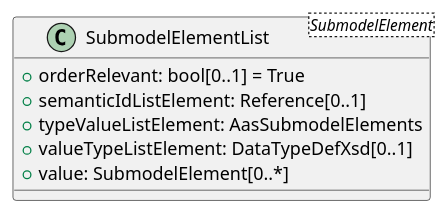
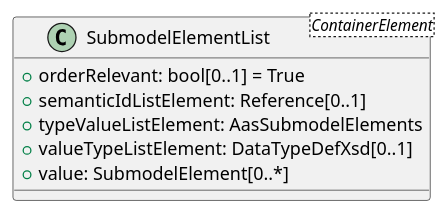
The diagram in documentation/IDTA-01001/modules/ROOT/partials/diagrams/classes/submodel-element-list.puml (admin-shell-io/aas-specs), drawn with PlantUML before and after one commit. The commit also changed 3 other files, not shown here.

Commit message:
inherit from ContainerElement, not from SubmodelElement

```diff
--- a/documentation/IDTA-01001/modules/ROOT/partials/diagrams/classes/submodel-element-list.puml
+++ b/documentation/IDTA-01001/modules/ROOT/partials/diagrams/classes/submodel-element-list.puml
@@ -1,9 +1,9 @@
 @startuml
-class SubmodelElementList<SubmodelElement> {
+class SubmodelElementList<ContainerElement> {
   +orderRelevant: bool[0..1] = True
   +semanticIdListElement: Reference[0..1]
   +typeValueListElement: AasSubmodelElements
   +valueTypeListElement: DataTypeDefXsd[0..1]
   +value: SubmodelElement[0..*]
 }
 @enduml
```
